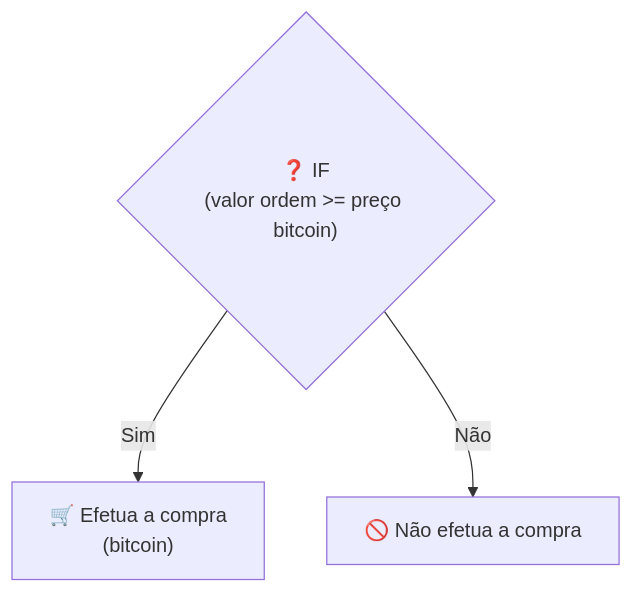
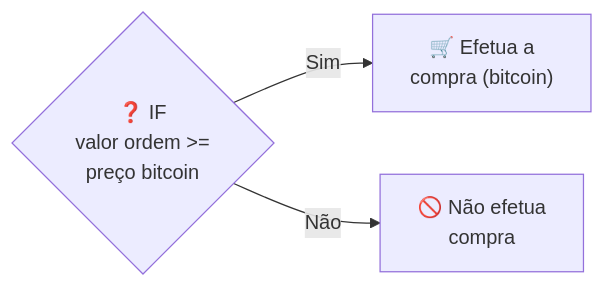
Before and after one commit to jcguimaraesnet/course-intelligent-agents: the first of 2 diagrams in pages/n8n/slide-etapa5.md, drawn with Mermaid. The commit also changed other lines of this file, not shown here.

````diff
--- a/pages/n8n/slide-etapa5.md
+++ b/pages/n8n/slide-etapa5.md
@@ -80,6 +80,6 @@
 ```mermaid {theme: 'dark'}
-flowchart TD
-    A{"❓ IF<br/>(valor ordem >= preço bitcoin)"}
-    A -- "Sim" --> B["🛒 Efetua a compra<br/>(bitcoin)"]
-    A -- "Não" --> C["🚫 Não efetua a compra"]
+flowchart LR
+    A{"❓ IF<br/>valor ordem >= <br/>preço bitcoin"}
+    A -- "Sim" --> B["🛒 Efetua a <br/>compra (bitcoin)"]
+    A -- "Não" --> C["🚫 Não efetua<br/> compra"]
 ```
````
